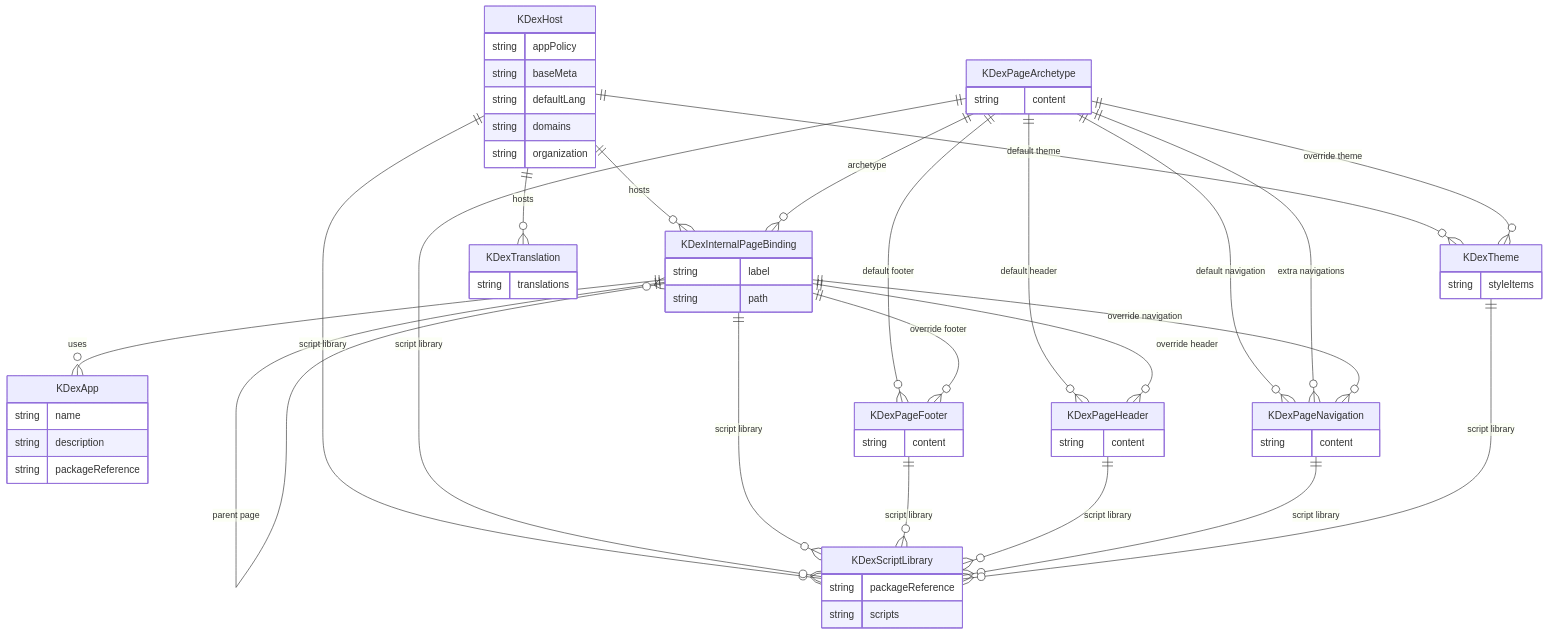
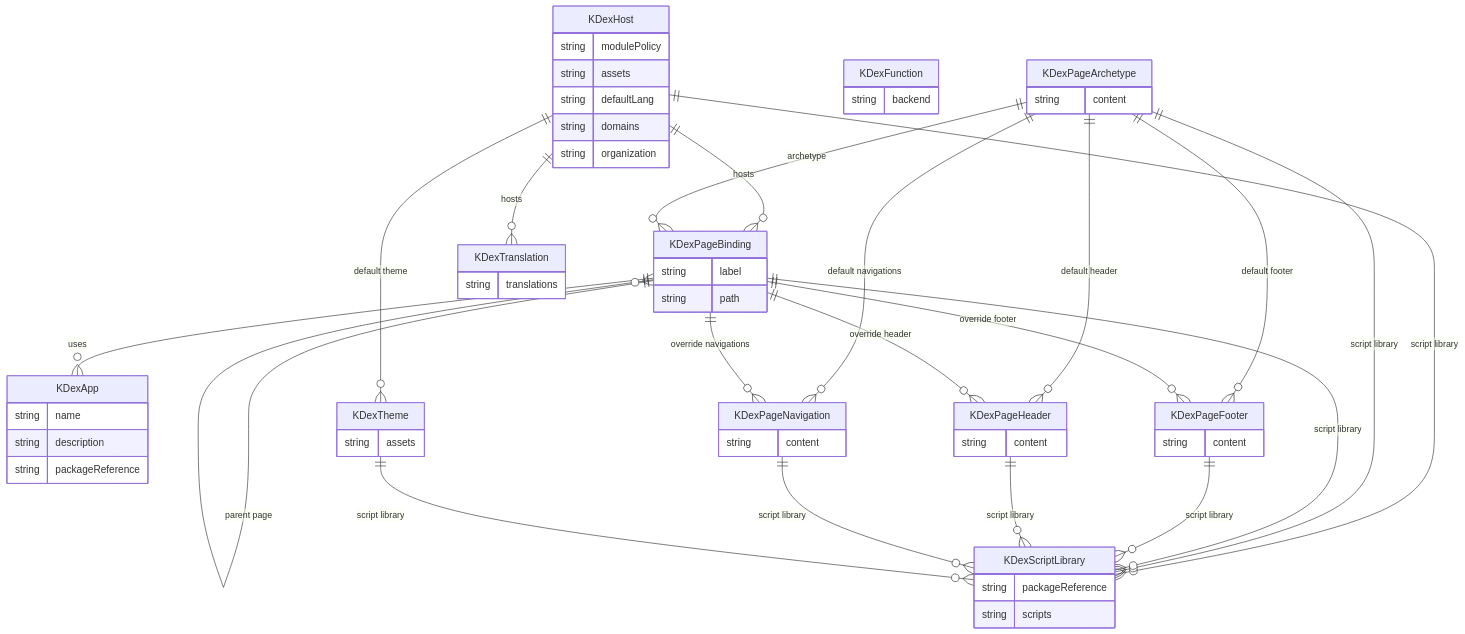
Before and after one commit to kdex-tech/kdex-crds: the diagram in CRD_RELATIONSHIPS.md, drawn with Mermaid.

Commit message:
update relationship diagram

````diff
--- a/CRD_RELATIONSHIPS.md
+++ b/CRD_RELATIONSHIPS.md
@@ -5,71 +5,74 @@
 ```mermaid
 erDiagram
     KDexApp {
         string name
         string description
         string packageReference
     }
 
-    KDexHost ||--o{ KDexInternalPageBinding : "hosts"
+    KDexHost ||--o{ KDexPageBinding : "hosts"
     KDexHost ||--o{ KDexScriptLibrary : "script library"
     KDexHost ||--o{ KDexTheme : "default theme"
     KDexHost ||--o{ KDexTranslation : "hosts"
     KDexHost {
-        string appPolicy
-        string baseMeta
+        string modulePolicy
+        string assets
         string defaultLang
         string domains
         string organization
     }
 
-    KDexPageArchetype ||--o{ KDexInternalPageBinding : "archetype"
+
+    KDexFunction {
+        string backend
+    }
+
+    KDexPageArchetype ||--o{ KDexPageBinding : "archetype"
     KDexPageArchetype ||--o{ KDexPageFooter : "default footer"
     KDexPageArchetype ||--o{ KDexPageHeader : "default header"
-    KDexPageArchetype ||--o{ KDexPageNavigation : "default navigation"
-    KDexPageArchetype ||--o{ KDexPageNavigation : "extra navigations"
+    KDexPageArchetype ||--o{ KDexPageNavigation : "default navigations"
     KDexPageArchetype ||--o{ KDexScriptLibrary : "script library"
-    KDexPageArchetype ||--o{ KDexTheme : "override theme"
     KDexPageArchetype {
         string content
     }
 
-    KDexInternalPageBinding ||--o{ KDexApp : "uses"
-    KDexInternalPageBinding ||--o{ KDexInternalPageBinding : "parent page"
-    KDexInternalPageBinding ||--o{ KDexPageFooter : "override footer"
-    KDexInternalPageBinding ||--o{ KDexPageHeader : "override header"
-    KDexInternalPageBinding ||--o{ KDexPageNavigation : "override navigation"
-    KDexInternalPageBinding ||--o{ KDexScriptLibrary : "script library"
-    KDexInternalPageBinding {
+    KDexPageBinding ||--o{ KDexApp : "uses"
+    KDexPageBinding ||--o{ KDexPageBinding : "parent page"
+    KDexPageBinding ||--o{ KDexPageFooter : "override footer"
+    KDexPageBinding ||--o{ KDexPageHeader : "override header"
+    KDexPageBinding ||--o{ KDexPageNavigation : "override navigations"
+    KDexPageBinding ||--o{ KDexScriptLibrary : "script library"
+    KDexPageBinding {
         string label
         string path
     }
 
     KDexPageFooter ||--o{ KDexScriptLibrary : "script library"
     KDexPageFooter {
         string content
     }
 
     KDexPageHeader ||--o{ KDexScriptLibrary : "script library"
     KDexPageHeader {
         string content
     }
 
     KDexPageNavigation ||--o{ KDexScriptLibrary : "script library"
     KDexPageNavigation {
         string content
     }
 
     KDexScriptLibrary {
         string packageReference
         string scripts
     }
 
     KDexTheme ||--o{ KDexScriptLibrary : "script library"
     KDexTheme {
-        string styleItems
+        string assets
     }
 
     KDexTranslation {
         string translations
     }
 ```
````
